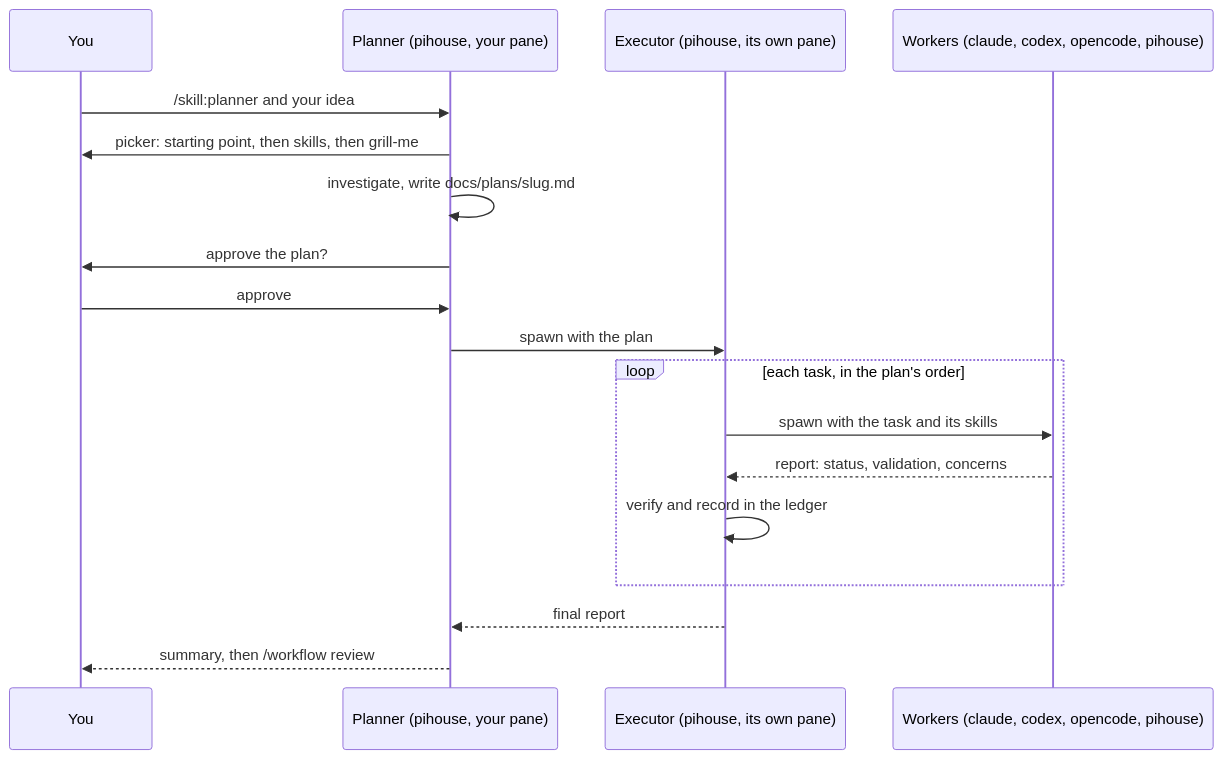
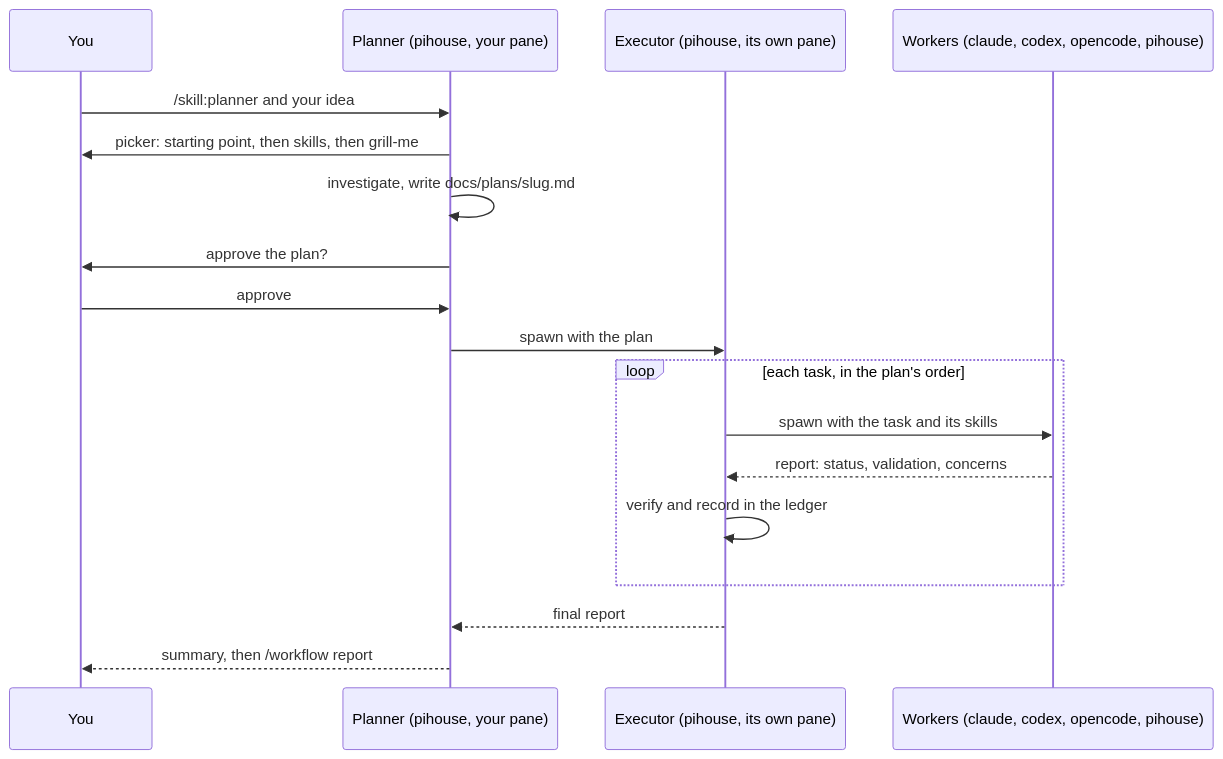
Before and after one commit to Jero110/pi-house: the first of 3 diagrams in README.md, drawn with Mermaid. The commit also changed other lines of this file and 12 other files, not shown here.

````diff
--- a/README.md
+++ b/README.md
@@ -190,20 +189,20 @@
 ```mermaid
 sequenceDiagram
   participant You
   participant P as Planner (pihouse, your pane)
   participant E as Executor (pihouse, its own pane)
   participant W as Workers (claude, codex, opencode, pihouse)
   You->>P: /skill:planner and your idea
   P->>You: picker: starting point, then skills, then grill-me
   P->>P: investigate, write docs/plans/slug.md
   P->>You: approve the plan?
   You->>P: approve
   P->>E: spawn with the plan
   loop each task, in the plan's order
     E->>W: spawn with the task and its skills
     W-->>E: report: status, validation, concerns
     E->>E: verify and record in the ledger
   end
   E-->>P: final report
-  P-->>You: summary, then /workflow review
+  P-->>You: summary, then /workflow report
 ```
````
